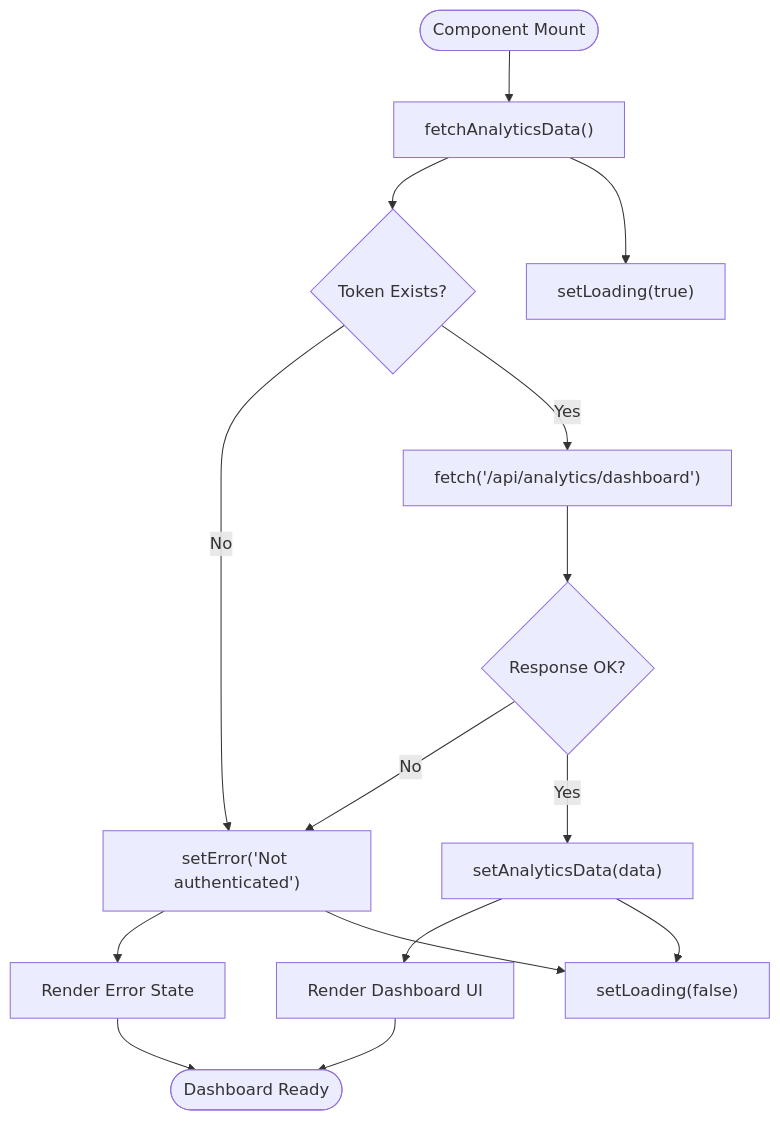
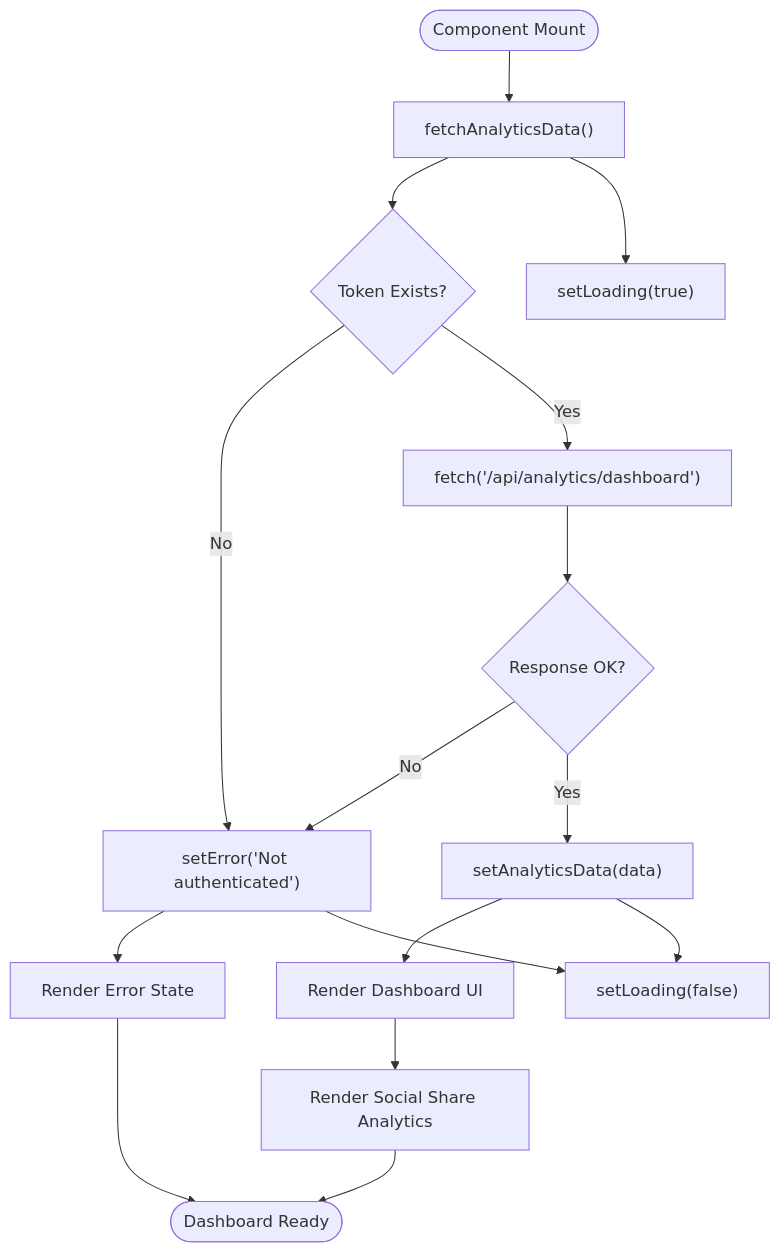
The first of 11 diagrams in .qoder/repowiki/en/content/Analytics & Performance Tracking/Dashboard Visualization.md (Brimstow/ThumPiks), drawn with Mermaid before and after one commit. The commit also changed other lines of this file and 900 other files, not shown here.

````diff
--- a/.qoder/repowiki/en/content/Analytics & Performance Tracking/Dashboard Visualization.md
+++ b/.qoder/repowiki/en/content/Analytics & Performance Tracking/Dashboard Visualization.md
@@ -41,17 +79,18 @@
 ```mermaid
 flowchart TD
 Start([Component Mount]) --> FetchData["fetchAnalyticsData()"]
 FetchData --> AuthCheck{"Token Exists?"}
 AuthCheck --> |No| ShowError["setError('Not authenticated')"]
 AuthCheck --> |Yes| APIRequest["fetch('/api/analytics/dashboard')"]
 APIRequest --> ResponseCheck{"Response OK?"}
 ResponseCheck --> |No| ShowError
 ResponseCheck --> |Yes| ProcessData["setAnalyticsData(data)"]
 ProcessData --> RenderDashboard["Render Dashboard UI"]
 ShowError --> RenderError["Render Error State"]
 FetchData --> SetLoading["setLoading(true)"]
 ShowError --> SetLoadingFalse["setLoading(false)"]
 ProcessData --> SetLoadingFalse
-RenderDashboard --> End([Dashboard Ready])
+RenderDashboard --> SocialShareSection["Render Social Share Analytics"]
+SocialShareSection --> End([Dashboard Ready])
 RenderError --> End
 ```
````
